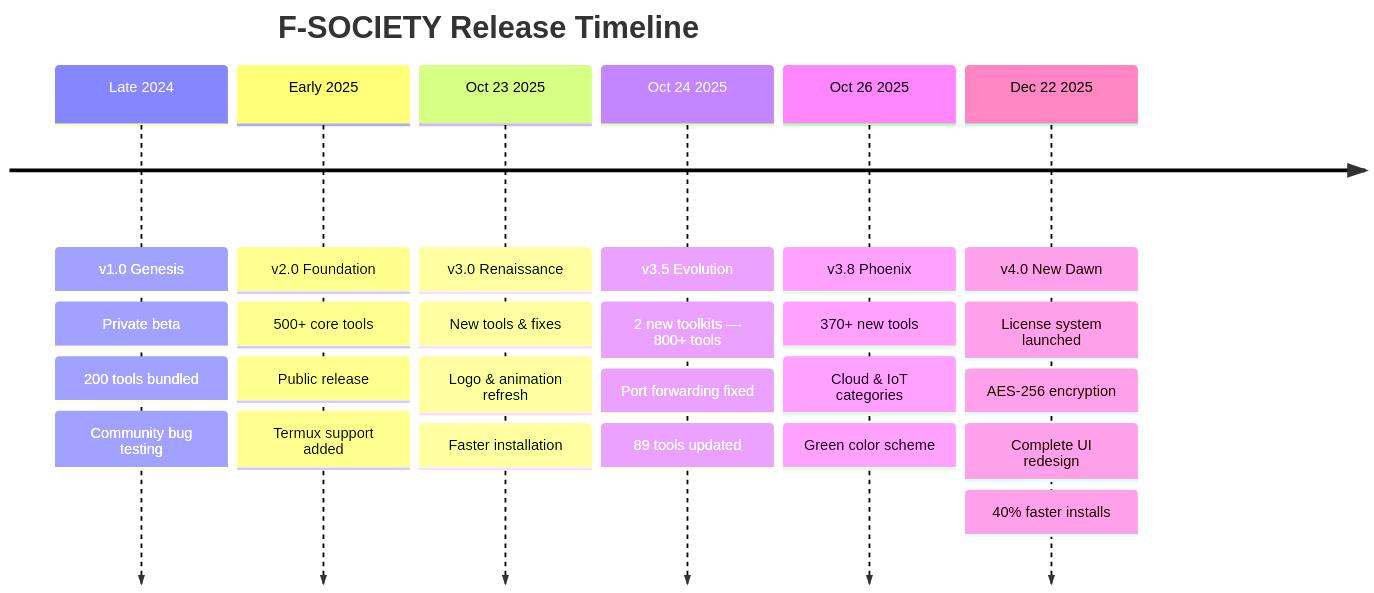
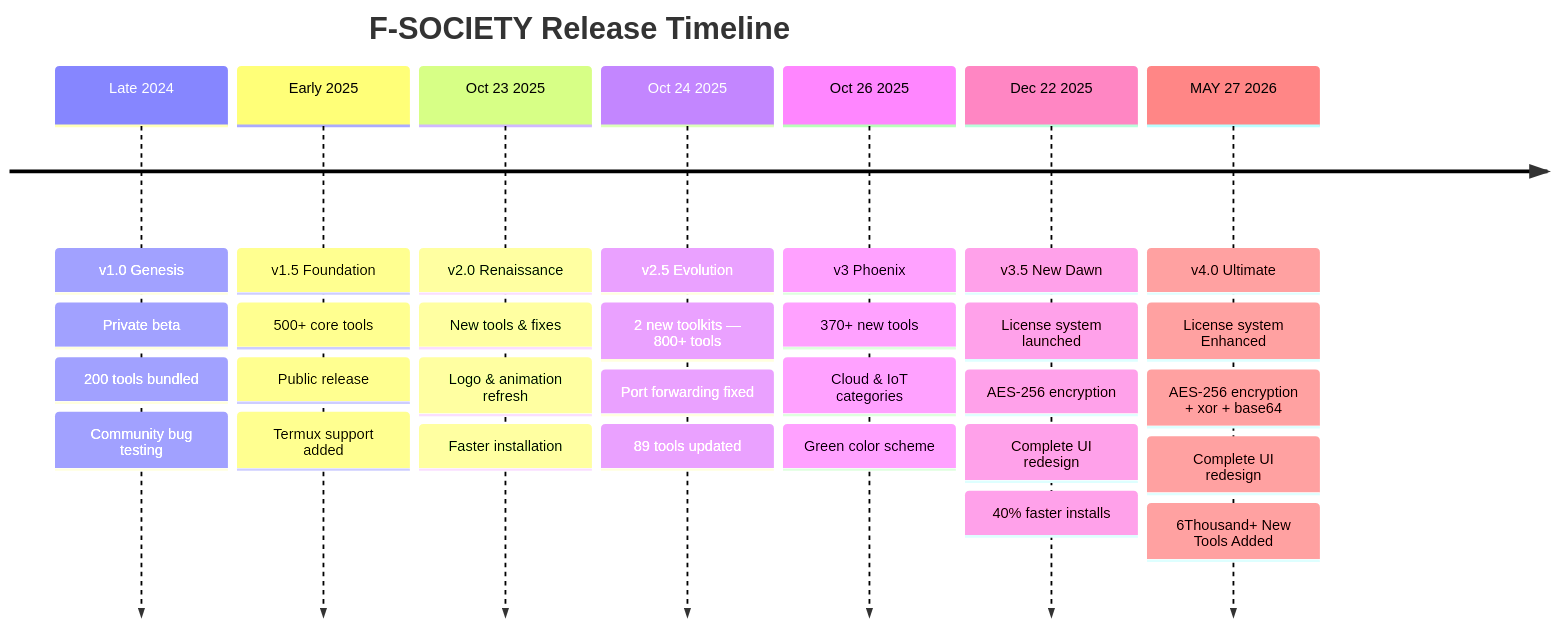
The fifth of 5 diagrams in README.md (Athexblackhat/F-SOCIETY), drawn with Mermaid before and after one commit. The commit also changed other lines of this file, not shown here.

````diff
--- a/README.md
+++ b/README.md
@@ -421,29 +409,34 @@
 ```mermaid
 timeline
     title F-SOCIETY Release Timeline
     Late 2024  : v1.0 Genesis
                : Private beta
                : 200 tools bundled
                : Community bug testing
-    Early 2025 : v2.0 Foundation
+    Early 2025 : v1.5 Foundation
                : 500+ core tools
                : Public release
                : Termux support added
-    Oct 23 2025 : v3.0 Renaissance
+    Oct 23 2025 : v2.0 Renaissance
                 : New tools & fixes
                 : Logo & animation refresh
                 : Faster installation
-    Oct 24 2025 : v3.5 Evolution
+    Oct 24 2025 : v2.5 Evolution
                 : 2 new toolkits — 800+ tools
                 : Port forwarding fixed
                 : 89 tools updated
-    Oct 26 2025 : v3.8 Phoenix
+    Oct 26 2025 : v3 Phoenix
                 : 370+ new tools
                 : Cloud & IoT categories
                 : Green color scheme
-    Dec 22 2025 : v4.0 New Dawn
+    Dec 22 2025 : v3.5 New Dawn
                 : License system launched
                 : AES-256 encryption
                 : Complete UI redesign
                 : 40% faster installs
+    MAY 27 2026 : v4.0 Ultimate
+                : License system Enhanced
+                : AES-256 encryption + xor + base64
+                : Complete UI redesign
+                : 6Thousand+ New Tools Added
 ```
````
